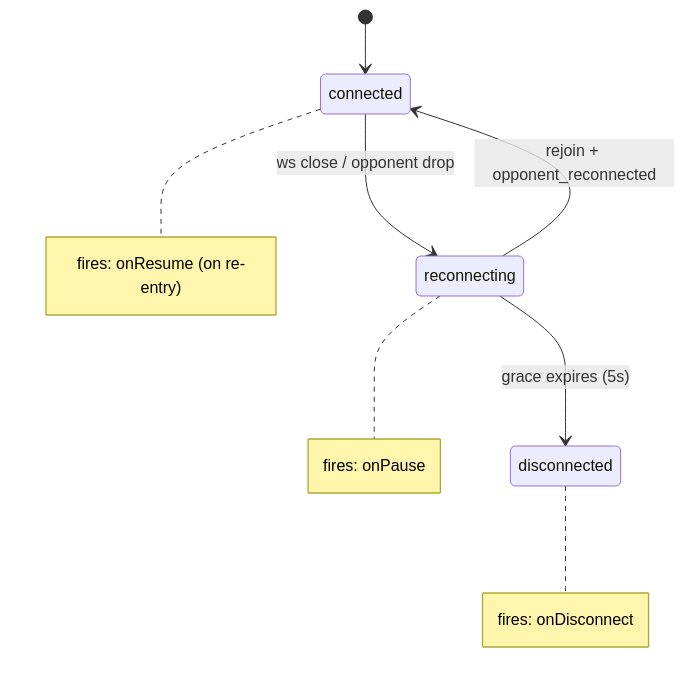
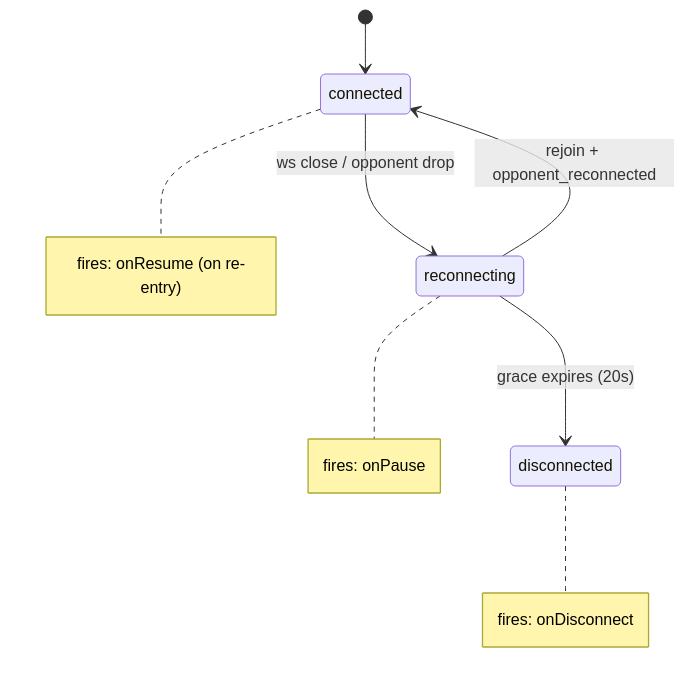
The first of 4 diagrams in docs/graceful-reconnection.md (simon0191/a-los-traques), drawn with Mermaid before and after one commit. The commit also changed other lines of this file and 9 other files, not shown here.

First line of the commit message:
Fix reconnecting player rejected as full during grace period (#26)

````diff
--- a/docs/graceful-reconnection.md
+++ b/docs/graceful-reconnection.md
@@ -9,17 +9,17 @@
 ```mermaid
 stateDiagram-v2
     [*] --> connected
     connected --> reconnecting : ws close / opponent drop
     reconnecting --> connected : rejoin + opponent_reconnected
-    reconnecting --> disconnected : grace expires (5s)
+    reconnecting --> disconnected : grace expires (20s)
 
     note right of reconnecting
         fires: onPause
     end note
     note right of connected
         fires: onResume (on re-entry)
     end note
     note right of disconnected
         fires: onDisconnect
     end note
 ```
````
